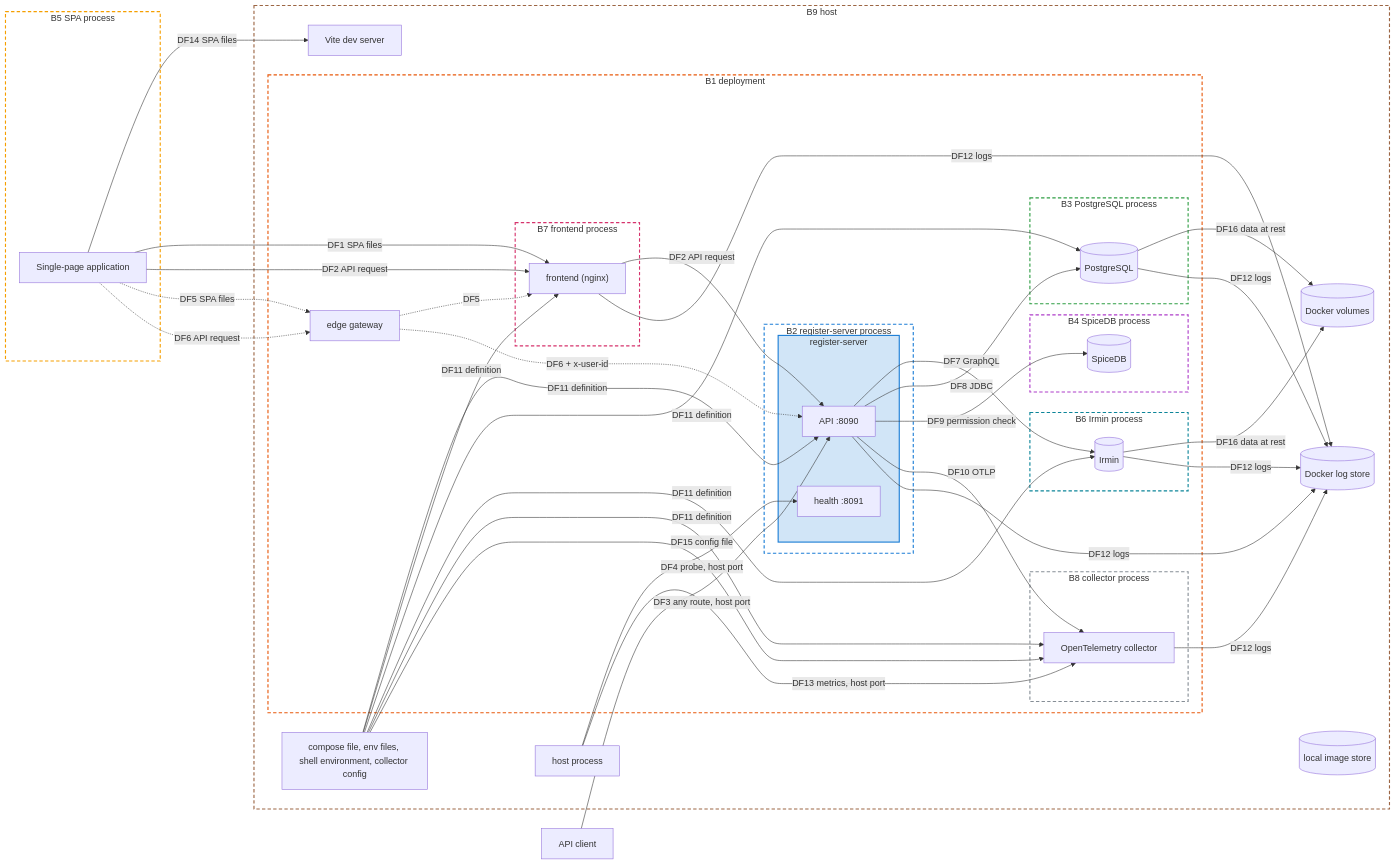
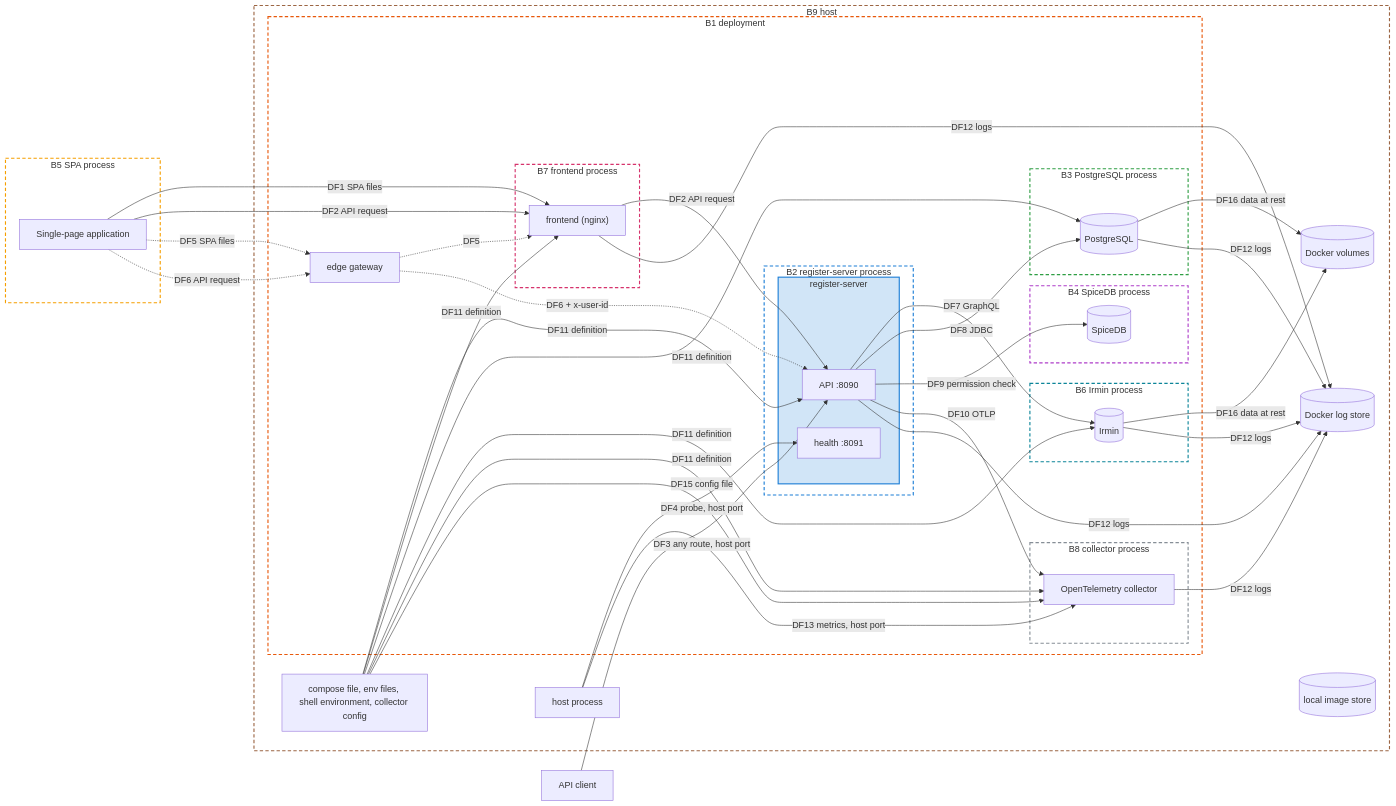
The diagram in docs/dev/threat-models/APPLICATION-TM.md (risquanter/register), drawn with Mermaid before and after one commit. The commit also changed other lines of this file and 8 other files, not shown here.

Commit message:
compose: REGISTER_CORS_ORIGINS empty by default, the Vite workflow passes http://localhost:5173; docs and dev skill start the backend with it

```diff
--- a/docs/dev/threat-models/APPLICATION-TM.md
+++ b/docs/dev/threat-models/APPLICATION-TM.md
@@ -286,7 +287,6 @@
   end
 
   subgraph B9["B9 host"]
-    VITE["Vite dev server"]
     LOGS[("Docker log store")]
     VOL[("Docker volumes")]
     ENV["compose file, env files, shell environment, collector config"]
@@ -325,7 +325,6 @@
     end
   end
 
-  SPA -- "DF14 SPA files" --> VITE
   SPA -- "DF1 SPA files" --> NGINX
   SPA -- "DF2 API request" --> NGINX
   NGINX -- "DF2 API request" --> API
```
